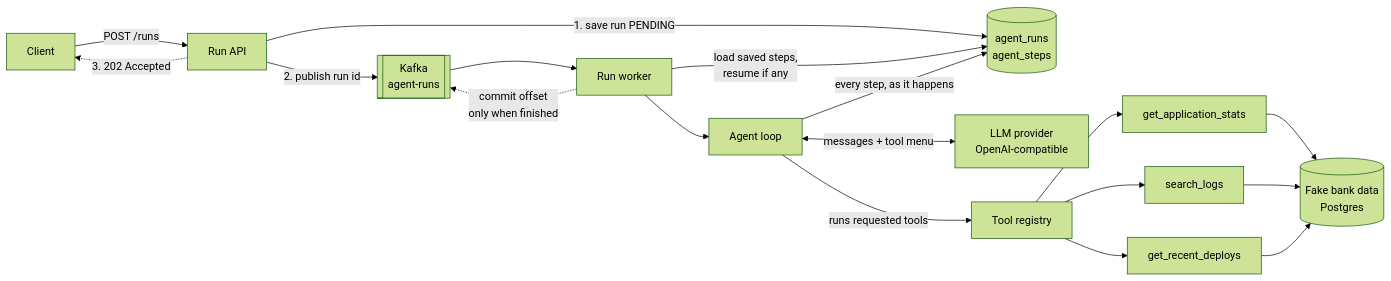
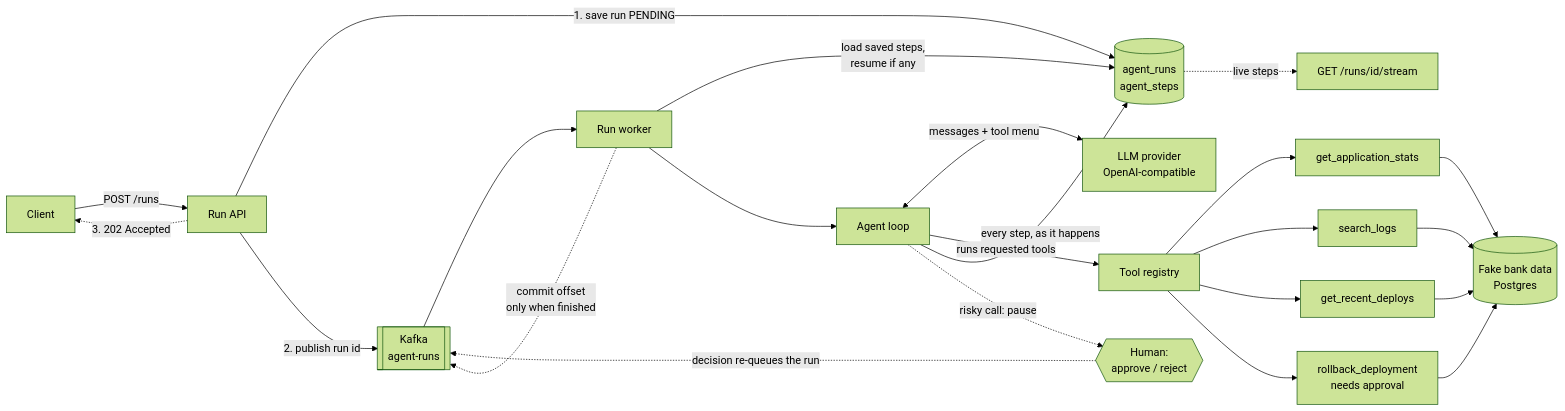
Before and after one commit to divyaa30/agent-harness: the diagram in README.md, drawn with Mermaid (forest theme). The commit also changed other lines of this file, not shown here.

Commit message:
Update README for the approval gate, idempotent rollback and live streaming

````diff
--- a/README.md
+++ b/README.md
@@ -45,18 +57,22 @@
 ```mermaid
 flowchart LR
     U[Client] -->|POST /runs| API[Run API]
     API -->|1. save run PENDING| DB[(agent_runs<br/>agent_steps)]
     API -->|2. publish run id| K[[Kafka<br/>agent-runs]]
     API -.->|3. 202 Accepted| U
     K --> W[Run worker]
     W -->|load saved steps,<br/>resume if any| DB
     W --> LOOP[Agent loop]
     LOOP <-->|messages + tool menu| LLM[LLM provider<br/>OpenAI-compatible]
     LOOP -->|runs requested tools| TR[Tool registry]
     TR --> T1[get_application_stats]
     TR --> T2[search_logs]
     TR --> T3[get_recent_deploys]
-    T1 & T2 & T3 --> BANK[(Fake bank data<br/>Postgres)]
+    TR --> T4[rollback_deployment<br/>needs approval]
+    T1 & T2 & T3 & T4 --> BANK[(Fake bank data<br/>Postgres)]
     LOOP -->|every step, as it happens| DB
+    LOOP -.->|risky call: pause| H{{Human:<br/>approve / reject}}
+    H -.->|decision re-queues the run| K
+    DB -.->|live steps| SSE[GET /runs/id/stream]
     W -.->|commit offset<br/>only when finished| K
 ```
````
